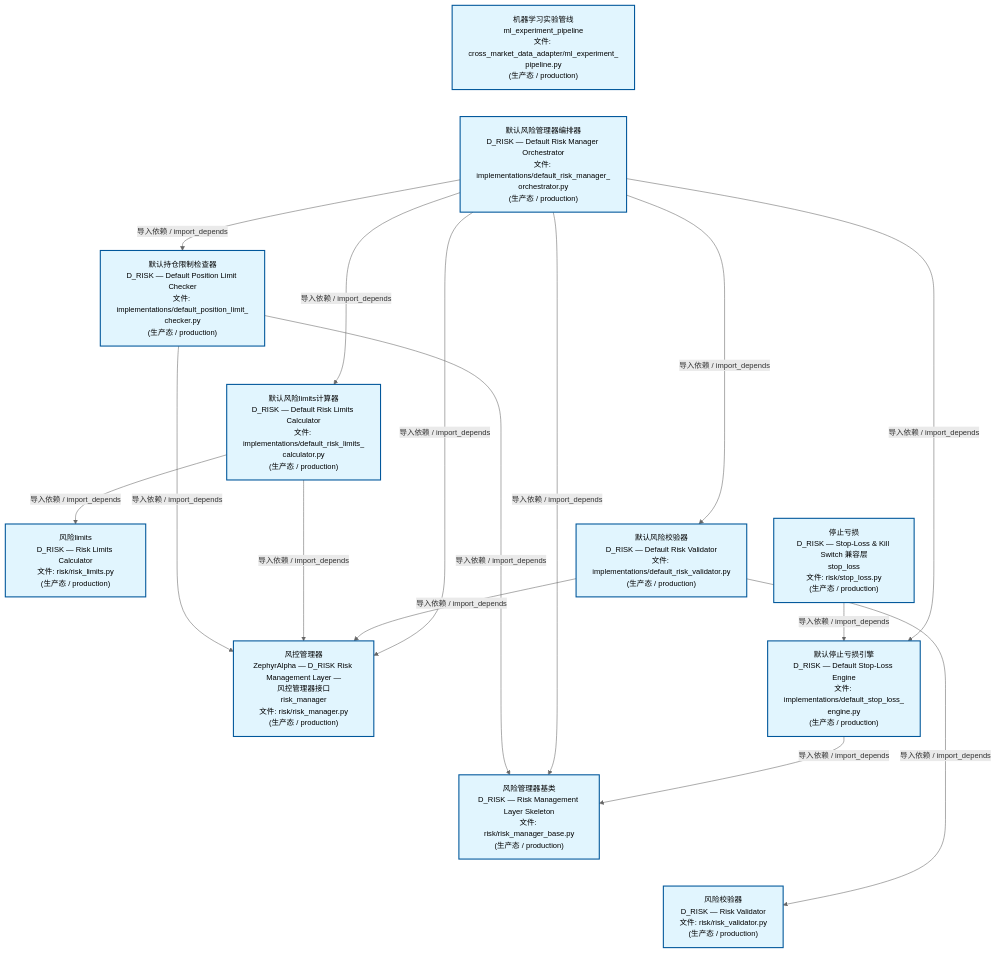
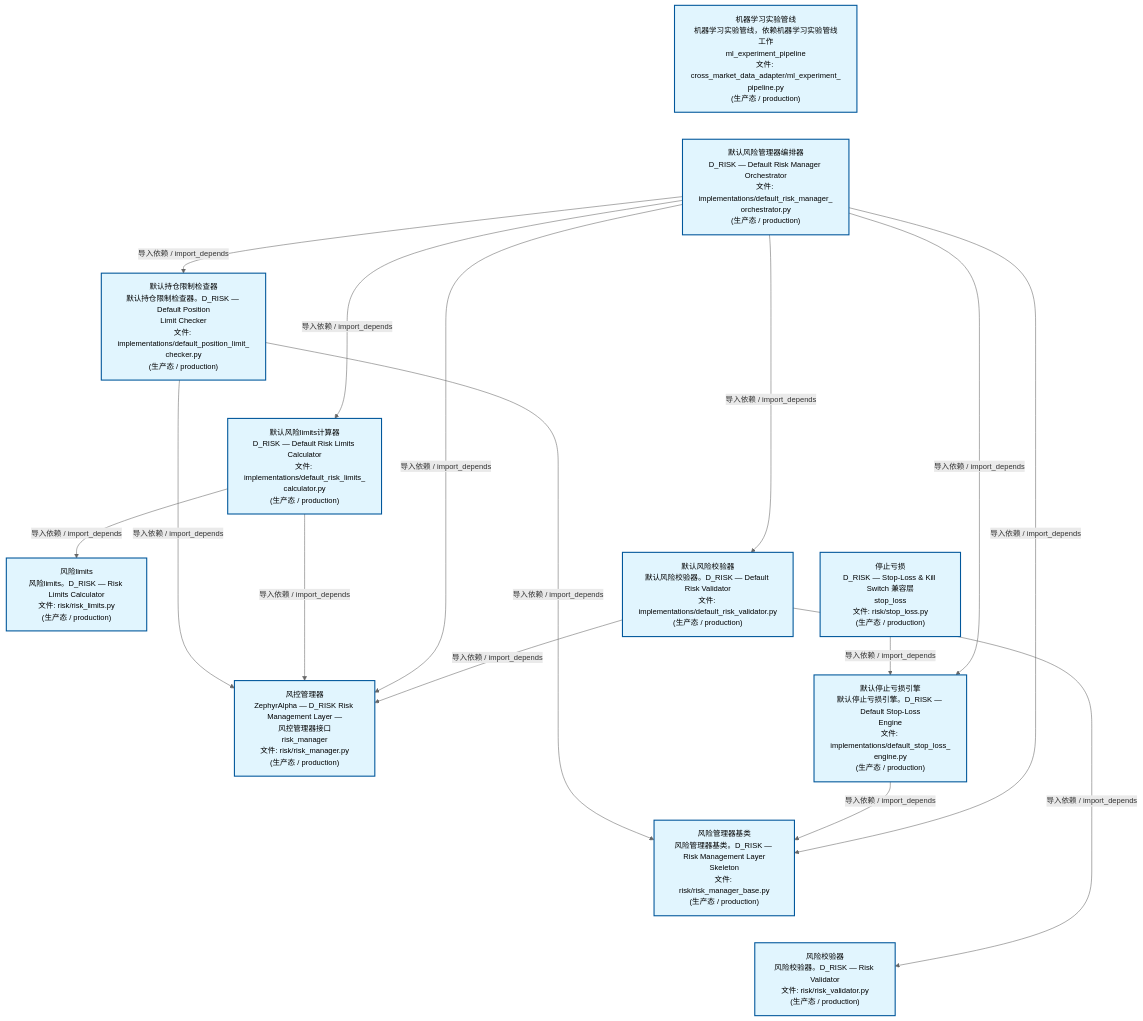
One commit to xuanFelixVan/ZephyrAlpha changed the second of 4 diagrams in docs/02_enterprise_architecture/02_domain_architecture_docs/65_d_risk.md. Above: the diagram before and after it, drawn with Mermaid. The commit also changed other lines of this file and 61 other files, not shown here.

````diff
--- a/docs/02_enterprise_architecture/02_domain_architecture_docs/65_d_risk.md
+++ b/docs/02_enterprise_architecture/02_domain_architecture_docs/65_d_risk.md
@@ -136,42 +136,42 @@
 ```mermaid
 %%{init: {'theme': 'base', 'themeVariables': {'primaryColor': '#eaeaea', 'primaryTextColor': '#333333', 'primaryBorderColor': '#666666', 'lineColor': '#666666', 'secondaryColor': '#eaeaea', 'tertiaryColor': '#eaeaea', 'fontSize': '14px'}}}%%
 flowchart TD
-    src_zephyr_risk_cross_asset_cross_market_data_adapter_ml_experiment_pipeline_py["机器学习实验管线<br/>ml_experiment_pipeline<br/>文件: cross_market_data_adapter/ml_experiment_<br/>pipeline.py<br/>(生产态 / production)"]
+    src_zephyr_risk_cross_asset_cross_market_data_adapter_ml_experiment_pipeline_py["机器学习实验管线<br/>机器学习实验管线，依赖机器学习实验管线工作<br/>ml_experiment_pipeline<br/>文件: cross_market_data_adapter/ml_experiment_<br/>pipeline.py<br/>(生产态 / production)"]
     src_zephyr_risk_implementations_default_risk_manager_orchestrator_py["默认风险管理器编排器<br/>D_RISK — Default Risk Manager Orchestrator<br/>文件: implementations/default_risk_manager_<br/>orchestrator.py<br/>(生产态 / production)"]
     src_zephyr_risk_stop_loss_py["停止亏损<br/>D_RISK — Stop-Loss & Kill Switch 兼容层<br/>stop_loss<br/>文件: risk/stop_loss.py<br/>(生产态 / production)"]
     src_zephyr_risk_cross_asset_cross_market_data_adapter_ml_experiment_pipeline_py ~~~ src_zephyr_risk_implementations_default_risk_manager_orchestrator_py
     src_zephyr_risk_implementations_default_risk_manager_orchestrator_py ~~~ src_zephyr_risk_stop_loss_py
-    src_zephyr_risk_implementations_default_position_limit_checker_py["默认持仓限制检查器<br/>D_RISK — Default Position Limit Checker<br/>文件: implementations/default_position_limit_<br/>checker.py<br/>(生产态 / production)"]
+    src_zephyr_risk_implementations_default_position_limit_checker_py["默认持仓限制检查器<br/>默认持仓限制检查器。D_RISK — Default Position<br/>Limit Checker<br/>文件: implementations/default_position_limit_<br/>checker.py<br/>(生产态 / production)"]
     src_zephyr_risk_implementations_default_risk_limits_calculator_py["默认风险limits计算器<br/>D_RISK — Default Risk Limits Calculator<br/>文件: implementations/default_risk_limits_<br/>calculator.py<br/>(生产态 / production)"]
-    src_zephyr_risk_implementations_default_risk_validator_py["默认风险校验器<br/>D_RISK — Default Risk Validator<br/>文件: implementations/default_risk_validator.py<br/>(生产态 / production)"]
-    src_zephyr_risk_implementations_default_stop_loss_engine_py["默认停止亏损引擎<br/>D_RISK — Default Stop-Loss Engine<br/>文件: implementations/default_stop_loss_<br/>engine.py<br/>(生产态 / production)"]
+    src_zephyr_risk_implementations_default_risk_validator_py["默认风险校验器<br/>默认风险校验器。D_RISK — Default Risk Validator<br/>文件: implementations/default_risk_validator.py<br/>(生产态 / production)"]
+    src_zephyr_risk_implementations_default_stop_loss_engine_py["默认停止亏损引擎<br/>默认停止亏损引擎。D_RISK — Default Stop-Loss<br/>Engine<br/>文件: implementations/default_stop_loss_<br/>engine.py<br/>(生产态 / production)"]
     src_zephyr_risk_implementations_default_position_limit_checker_py ~~~ src_zephyr_risk_implementations_default_risk_limits_calculator_py
     src_zephyr_risk_implementations_default_risk_limits_calculator_py ~~~ src_zephyr_risk_implementations_default_risk_validator_py
     src_zephyr_risk_implementations_default_risk_validator_py ~~~ src_zephyr_risk_implementations_default_stop_loss_engine_py
-    src_zephyr_risk_risk_limits_py["风险limits<br/>D_RISK — Risk Limits Calculator<br/>文件: risk/risk_limits.py<br/>(生产态 / production)"]
+    src_zephyr_risk_risk_limits_py["风险limits<br/>风险limits。D_RISK — Risk Limits Calculator<br/>文件: risk/risk_limits.py<br/>(生产态 / production)"]
     src_zephyr_risk_risk_manager_py["风控管理器<br/>ZephyrAlpha — D_RISK Risk Management Layer —<br/>风控管理器接口<br/>risk_manager<br/>文件: risk/risk_manager.py<br/>(生产态 / production)"]
-    src_zephyr_risk_risk_manager_base_py["风险管理器基类<br/>D_RISK — Risk Management Layer Skeleton<br/>文件: risk/risk_manager_base.py<br/>(生产态 / production)"]
-    src_zephyr_risk_risk_validator_py["风险校验器<br/>D_RISK — Risk Validator<br/>文件: risk/risk_validator.py<br/>(生产态 / production)"]
+    src_zephyr_risk_risk_manager_base_py["风险管理器基类<br/>风险管理器基类。D_RISK — Risk Management Layer<br/>Skeleton<br/>文件: risk/risk_manager_base.py<br/>(生产态 / production)"]
+    src_zephyr_risk_risk_validator_py["风险校验器<br/>风险校验器。D_RISK — Risk Validator<br/>文件: risk/risk_validator.py<br/>(生产态 / production)"]
     src_zephyr_risk_risk_limits_py ~~~ src_zephyr_risk_risk_manager_py
     src_zephyr_risk_risk_manager_py ~~~ src_zephyr_risk_risk_manager_base_py
     src_zephyr_risk_risk_manager_base_py ~~~ src_zephyr_risk_risk_validator_py
     src_zephyr_risk_stop_loss_py -->|导入依赖 / import_depends| src_zephyr_risk_implementations_default_stop_loss_engine_py
+    src_zephyr_risk_implementations_default_position_limit_checker_py -->|导入依赖 / import_depends| src_zephyr_risk_risk_manager_py
     src_zephyr_risk_implementations_default_position_limit_checker_py -->|导入依赖 / import_depends| src_zephyr_risk_risk_manager_base_py
-    src_zephyr_risk_implementations_default_position_limit_checker_py -->|导入依赖 / import_depends| src_zephyr_risk_risk_manager_py
+    src_zephyr_risk_implementations_default_risk_limits_calculator_py -->|导入依赖 / import_depends| src_zephyr_risk_risk_manager_py
     src_zephyr_risk_implementations_default_risk_limits_calculator_py -->|导入依赖 / import_depends| src_zephyr_risk_risk_limits_py
-    src_zephyr_risk_implementations_default_risk_limits_calculator_py -->|导入依赖 / import_depends| src_zephyr_risk_risk_manager_py
-    src_zephyr_risk_implementations_default_risk_validator_py -->|导入依赖 / import_depends| src_zephyr_risk_risk_validator_py
-    src_zephyr_risk_implementations_default_risk_validator_py -->|导入依赖 / import_depends| src_zephyr_risk_risk_manager_py
+    src_zephyr_risk_implementations_default_stop_loss_engine_py -->|导入依赖 / import_depends| src_zephyr_risk_risk_manager_base_py
+    src_zephyr_risk_implementations_default_risk_manager_orchestrator_py -->|导入依赖 / import_depends| src_zephyr_risk_risk_manager_py
     src_zephyr_risk_implementations_default_risk_manager_orchestrator_py -->|导入依赖 / import_depends| src_zephyr_risk_risk_manager_base_py
-    src_zephyr_risk_implementations_default_risk_manager_orchestrator_py -->|导入依赖 / import_depends| src_zephyr_risk_risk_manager_py
     src_zephyr_risk_implementations_default_risk_manager_orchestrator_py -->|导入依赖 / import_depends| src_zephyr_risk_implementations_default_position_limit_checker_py
     src_zephyr_risk_implementations_default_risk_manager_orchestrator_py -->|导入依赖 / import_depends| src_zephyr_risk_implementations_default_risk_limits_calculator_py
+    src_zephyr_risk_implementations_default_risk_manager_orchestrator_py -->|导入依赖 / import_depends| src_zephyr_risk_implementations_default_stop_loss_engine_py
     src_zephyr_risk_implementations_default_risk_manager_orchestrator_py -->|导入依赖 / import_depends| src_zephyr_risk_implementations_default_risk_validator_py
-    src_zephyr_risk_implementations_default_risk_manager_orchestrator_py -->|导入依赖 / import_depends| src_zephyr_risk_implementations_default_stop_loss_engine_py
-    src_zephyr_risk_implementations_default_stop_loss_engine_py -->|导入依赖 / import_depends| src_zephyr_risk_risk_manager_base_py
+    src_zephyr_risk_implementations_default_risk_validator_py -->|导入依赖 / import_depends| src_zephyr_risk_risk_manager_py
+    src_zephyr_risk_implementations_default_risk_validator_py -->|导入依赖 / import_depends| src_zephyr_risk_risk_validator_py
     classDef production fill:#e1f5fe,stroke:#01579b,stroke-width:2px,color:#000
     classDef design fill:#fff3e0,stroke:#e65100,stroke-width:2px,color:#000,stroke-dasharray: 5 5
     classDef external_prod fill:#e8f4fd,stroke:#0277bd,stroke-width:1px,color:#000
     classDef external_design fill:#fff8e7,stroke:#ef6c00,stroke-width:1px,color:#000,stroke-dasharray: 5 5
     class src_zephyr_risk_cross_asset_cross_market_data_adapter_ml_experiment_pipeline_py,src_zephyr_risk_implementations_default_position_limit_checker_py,src_zephyr_risk_implementations_default_risk_limits_calculator_py,src_zephyr_risk_implementations_default_risk_manager_orchestrator_py,src_zephyr_risk_implementations_default_risk_validator_py,src_zephyr_risk_implementations_default_stop_loss_engine_py,src_zephyr_risk_risk_limits_py,src_zephyr_risk_risk_manager_py,src_zephyr_risk_risk_manager_base_py,src_zephyr_risk_risk_validator_py,src_zephyr_risk_stop_loss_py production
 ```
````
